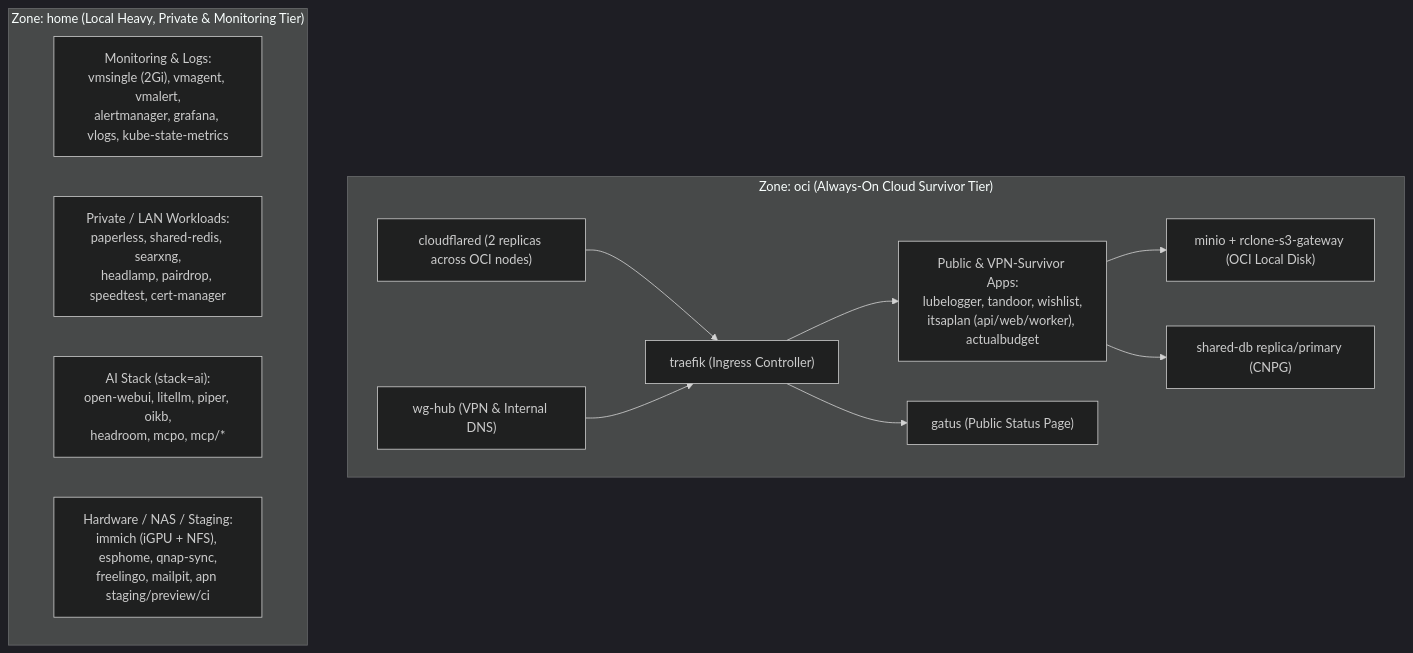
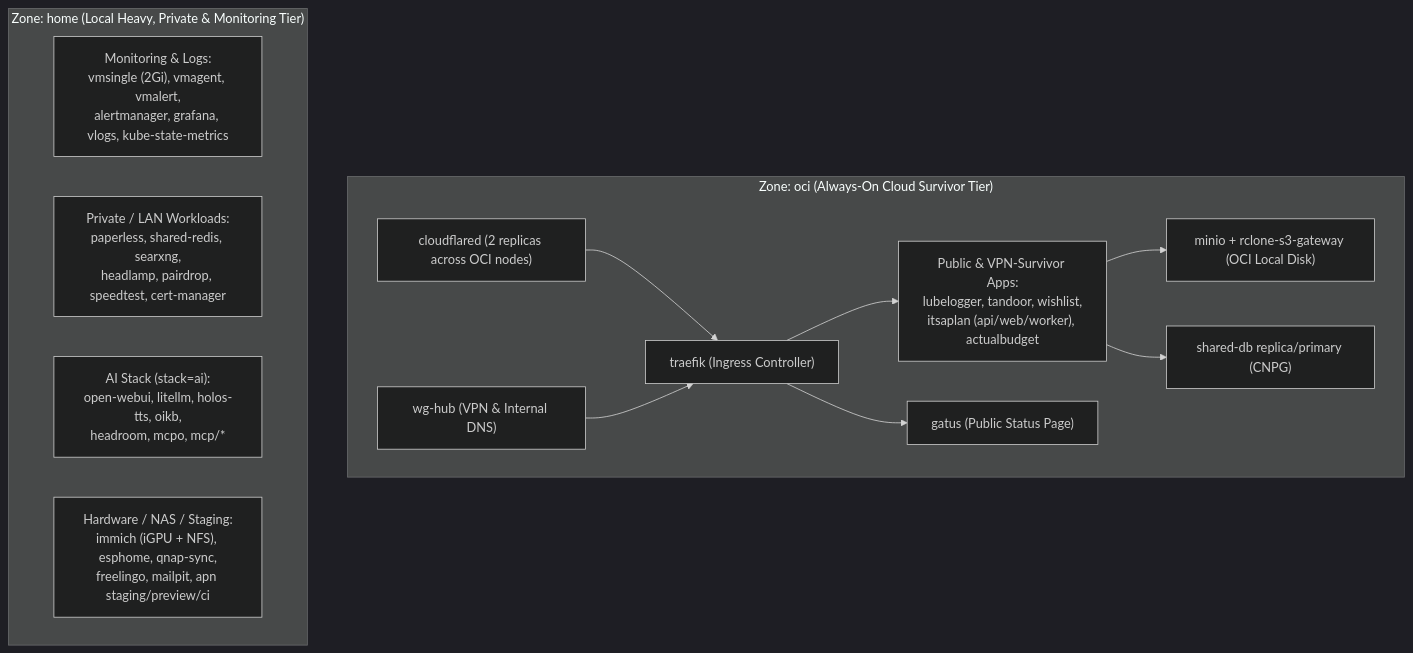
The diagram in docs/architecture/035-hybrid-zone-workload-policy.md (reidMaks/test), drawn with Mermaid (dark theme) before and after one commit. The commit also changed other lines of this file and 5 other files, not shown here.

Commit message:
feat(workload): replace Piper TTS with Ukrainian HolosTTS (ha-holos-tts)

````diff
--- a/docs/architecture/035-hybrid-zone-workload-policy.md
+++ b/docs/architecture/035-hybrid-zone-workload-policy.md
@@ -24,26 +24,26 @@
 ```mermaid
 flowchart TB
     subgraph OCI_Zone["Zone: oci (Always-On Cloud Survivor Tier)"]
         WG["wg-hub (VPN & Internal DNS)"]
         CF["cloudflared (2 replicas across OCI nodes)"]
         TR["traefik (Ingress Controller)"]
         Gatus["gatus (Public Status Page)"]
         PublicApps["Public & VPN-Survivor Apps:\nlubelogger, tandoor, wishlist,\nitsaplan (api/web/worker), actualbudget"]
         MinIO["minio + rclone-s3-gateway (OCI Local Disk)"]
         PG_OCI["shared-db replica/primary (CNPG)"]
 
         CF --> TR
         WG --> TR
         TR --> PublicApps
         TR --> Gatus
         PublicApps --> MinIO
         PublicApps --> PG_OCI
     end
 
     subgraph Home_Zone["Zone: home (Local Heavy, Private & Monitoring Tier)"]
         Mon["Monitoring & Logs:\nvmsingle (2Gi), vmagent, vmalert,\nalertmanager, grafana, vlogs, kube-state-metrics"]
         PrivateApps["Private / LAN Workloads:\npaperless, shared-redis, searxng,\nheadlamp, pairdrop, speedtest, cert-manager"]
-        AIStack["AI Stack (stack=ai):\nopen-webui, litellm, piper, oikb,\nheadroom, mcpo, mcp/*"]
+        AIStack["AI Stack (stack=ai):\nopen-webui, litellm, holos-tts, oikb,\nheadroom, mcpo, mcp/*"]
         LocalHW["Hardware / NAS / Staging:\nimmich (iGPU + NFS), esphome, qnap-sync,\nfreelingo, mailpit, apn staging/preview/ci"]
     end
 ```
````
